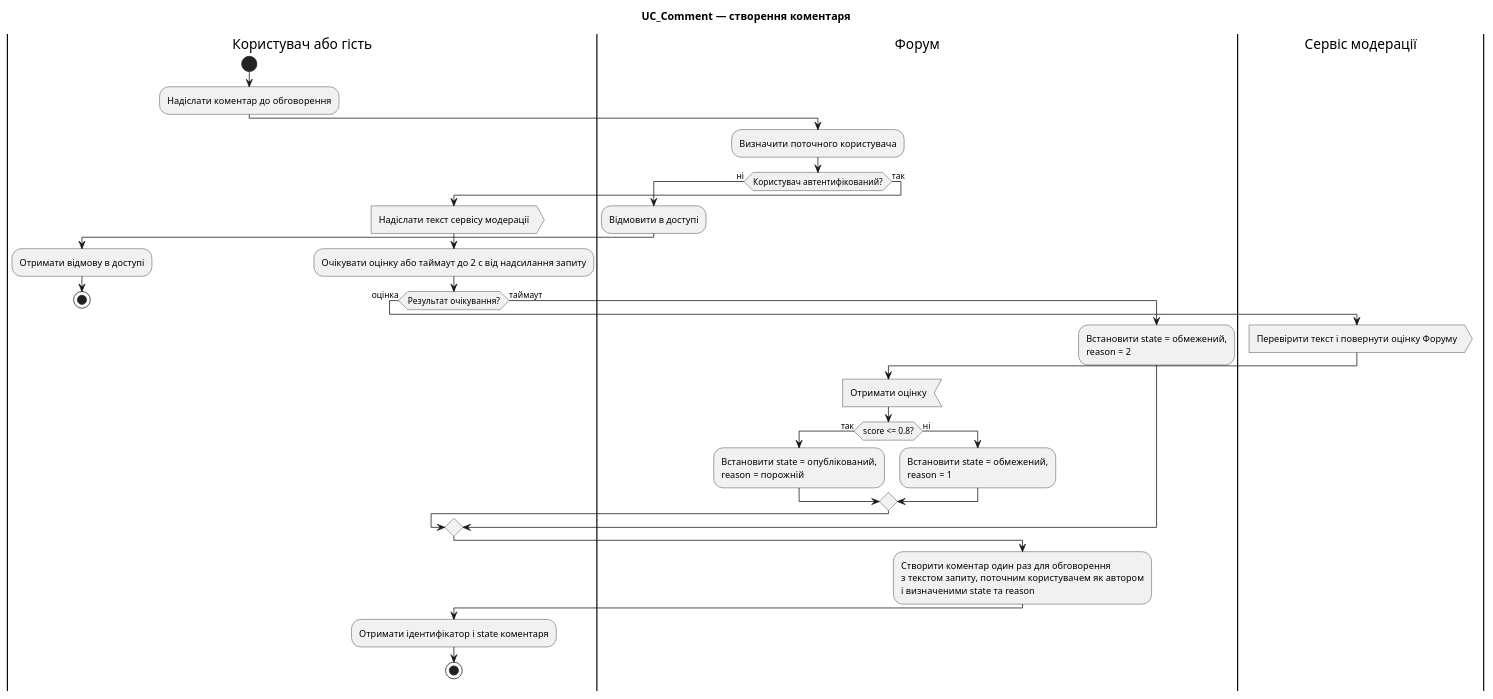
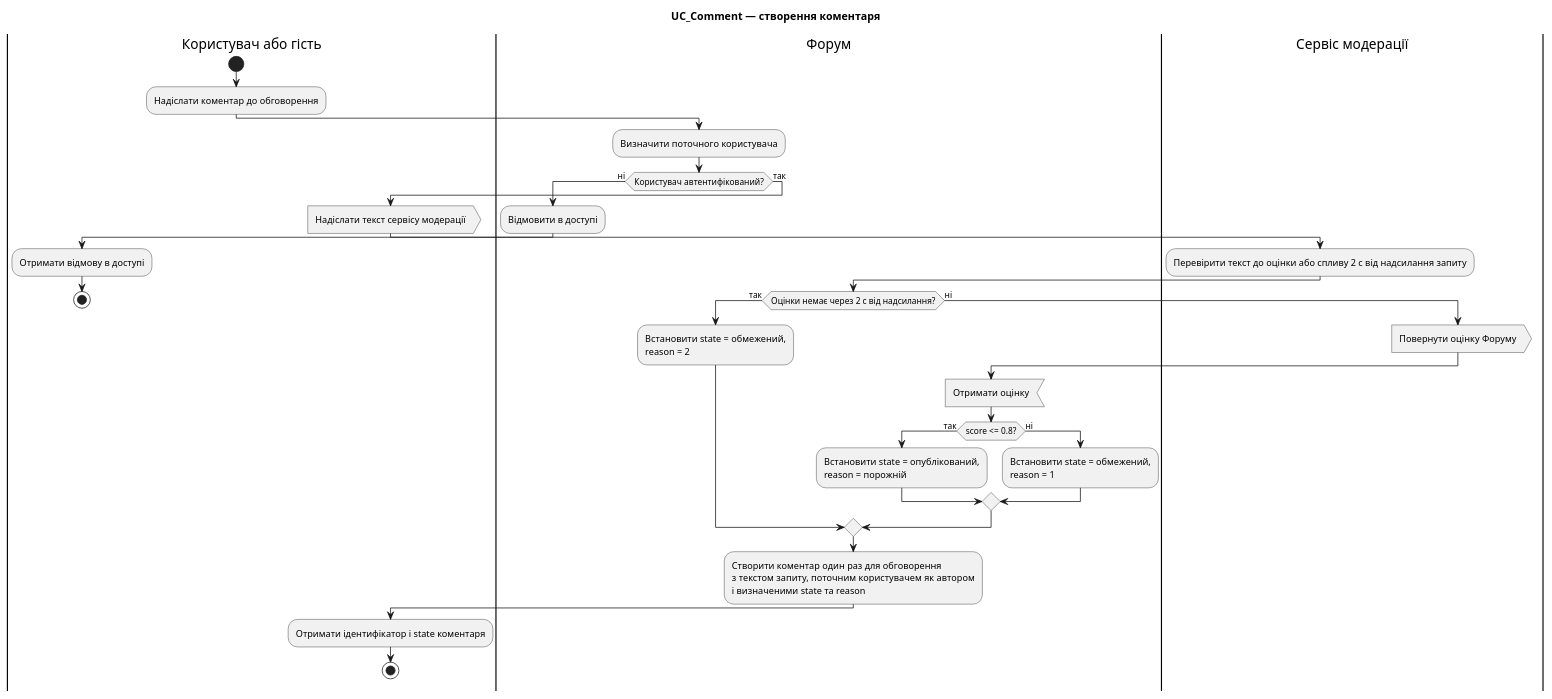
Before and after one commit to tevarindol/forum: the diagram in lab4/activity.puml, drawn with PlantUML.

Commit message:
fix(lab4): include moderation check in request timeout
Harness: OpenCode
Model: openai/gpt-6-luna

```diff
--- a/lab4/activity.puml
+++ b/lab4/activity.puml
@@ -1,42 +1,44 @@
 @startuml
 title UC_Comment — створення коментаря
 
 |Користувач або гість|
 start
 :Надіслати коментар до обговорення;
 
 |Форум|
 :Визначити поточного користувача;
 if (Користувач автентифікований?) then (ні)
   :Відмовити в доступі;
   |Користувач або гість|
   :Отримати відмову в доступі;
   stop
 else (так)
   :Надіслати текст сервісу модерації>
-  :Очікувати оцінку або таймаут до 2 с від надсилання запиту;
-  if (Результат очікування?) then (оцінка)
+  |Сервіс модерації|
+  :Перевірити текст до оцінки або спливу 2 с від надсилання запиту;
+  |Форум|
+  if (Оцінки немає через 2 с від надсилання?) then (так)
+    :Встановити state = обмежений,
+reason = 2;
+  else (ні)
     |Сервіс модерації|
-    :Перевірити текст і повернути оцінку Форуму>
+    :Повернути оцінку Форуму>
     |Форум|
     :Отримати оцінку<
     if (score <= 0.8?) then (так)
       :Встановити state = опублікований,
 reason = порожній;
     else (ні)
       :Встановити state = обмежений,
 reason = 1;
     endif
-  else (таймаут)
-    :Встановити state = обмежений,
-reason = 2;
   endif
 
   :Створити коментар один раз для обговорення
 з текстом запиту, поточним користувачем як автором
 і визначеними state та reason;
   |Користувач або гість|
   :Отримати ідентифікатор і state коментаря;
   stop
 endif
 @enduml
```
